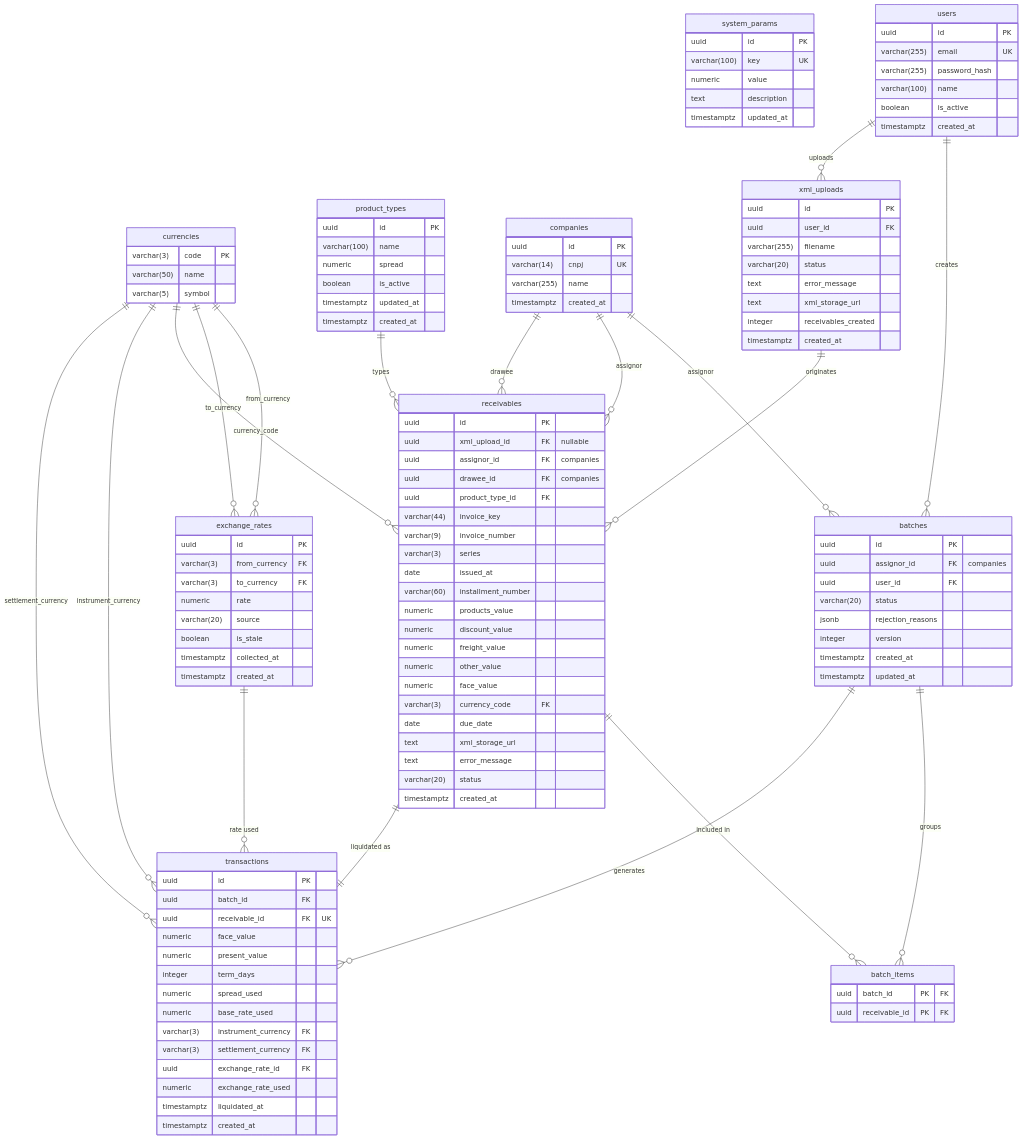
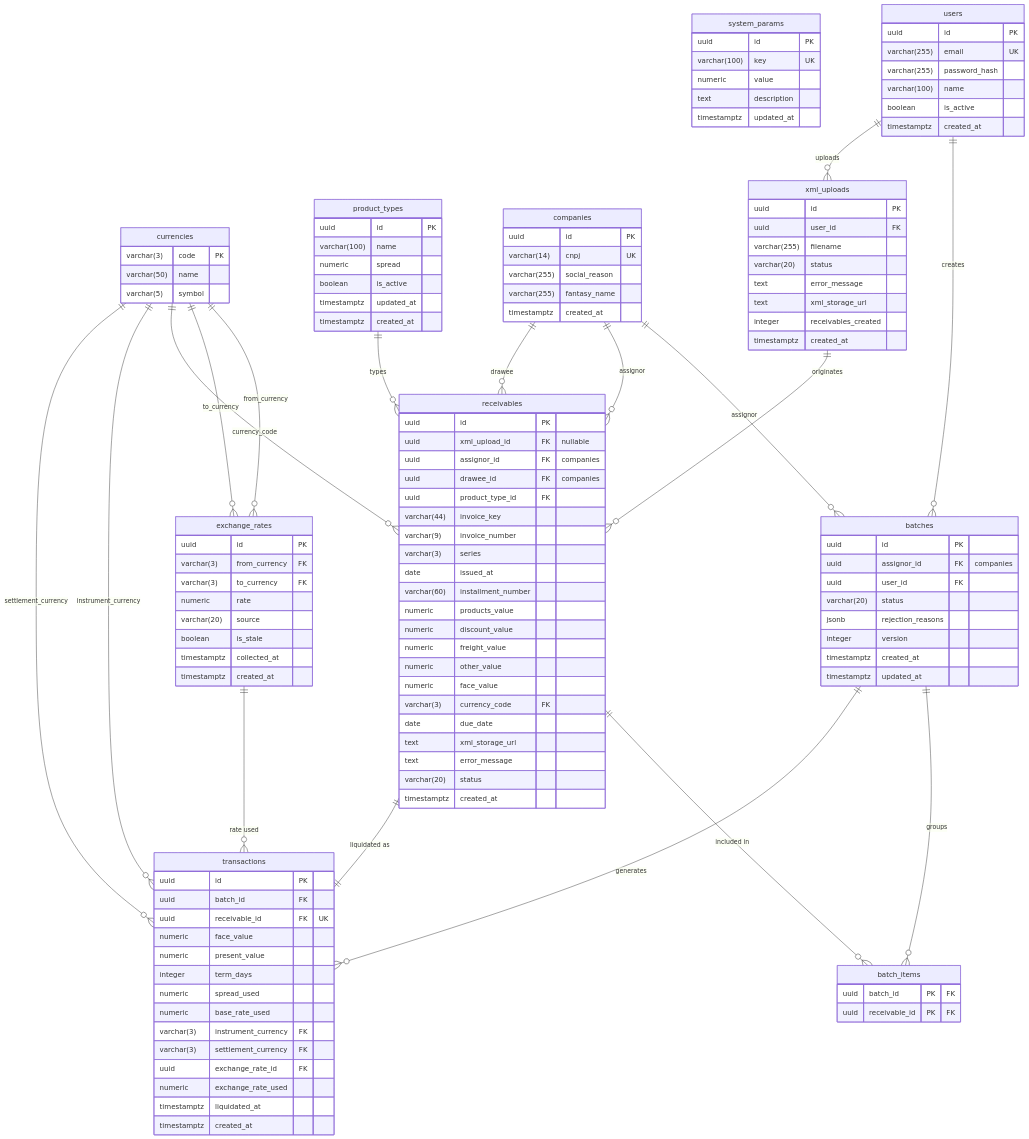
Before and after one commit to alexandre-queiroz/srm-back: the diagram in docs/er-diagram.md, drawn with Mermaid. The commit also changed 2 other files, not shown here.

Commit message:
docs: add design assumptions, fix ER diagram and consolidate README
- Add docs/design-assumptions.md with 10 documented design decisions
  (multi-fund, multi-tenant, access levels, 4-eyes, credit bureau,
  BACEN, XML validation, collateral, audit trail, D-1 exchange rate)
- Fix companies entity in ER diagram: name → social_reason + fantasy_name
- Replace "Fora do Escopo" table with pointer to design-assumptions.md
- Add project folder structure to README
- Update ADR references to reflect actual architecture

```diff
--- a/docs/er-diagram.md
+++ b/docs/er-diagram.md
@@ -48,7 +48,8 @@
     companies {
         uuid            id              PK
         varchar(14)     cnpj            UK
-        varchar(255)    name
+        varchar(255)    social_reason
+        varchar(255)    fantasy_name
         timestamptz     created_at
     }
 
```
